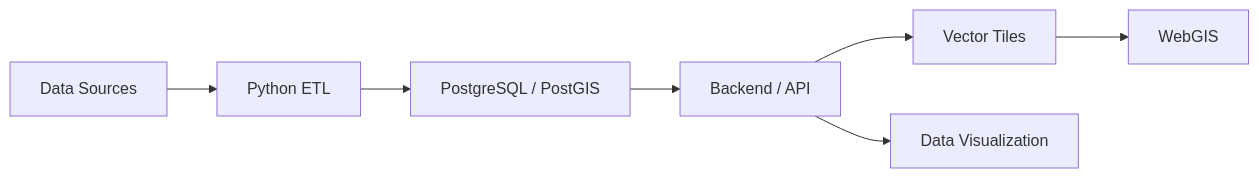
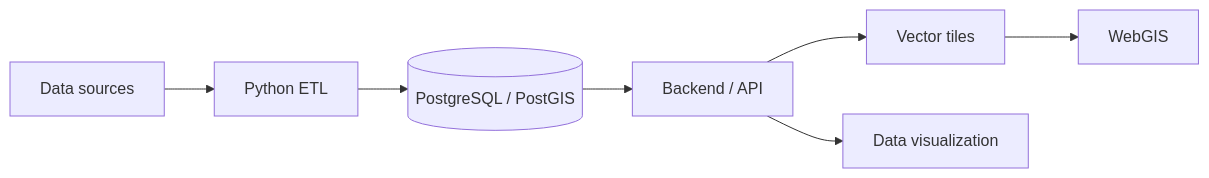
One commit to Yanis1650/Yanis1650 changed the diagram in README.md. Above: the diagram before and after it, drawn with Mermaid. The commit also changed other lines of this file, not shown here.

````diff
--- a/README.md
+++ b/README.md
@@ -158,9 +22,9 @@
 ```mermaid
 flowchart LR
-    A[Data Sources] --> B[Python ETL]
-    B --> C[PostgreSQL / PostGIS]
+    A[Data sources] --> B[Python ETL]
+    B --> C[(PostgreSQL / PostGIS)]
     C --> D[Backend / API]
-    D --> E[Vector Tiles]
-    D --> F[Data Visualization]
+    D --> E[Vector tiles]
+    D --> F[Data visualization]
     E --> G[WebGIS]
 ```
````
